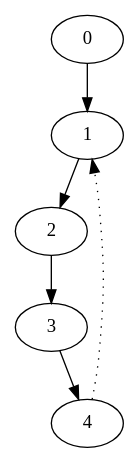
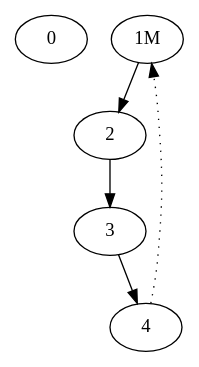
The diagram in DGC/testcase1-out/testcase1-out_gv6.gv (perpetualcoder/DistGC), drawn with Graphviz before and after one commit. The commit also changed 39 other files, not shown here.

```diff
--- a/DGC/testcase1-out/testcase1-out_gv6.gv
+++ b/DGC/testcase1-out/testcase1-out_gv6.gv
@@ -1,7 +1,7 @@
 Digraph G {
-0->1;
-1->2;
+0;
+"1M"->2;
 2->3;
 3->4;
-4->1[style=dotted];
+4->"1M"[style=dotted];
 }
```
